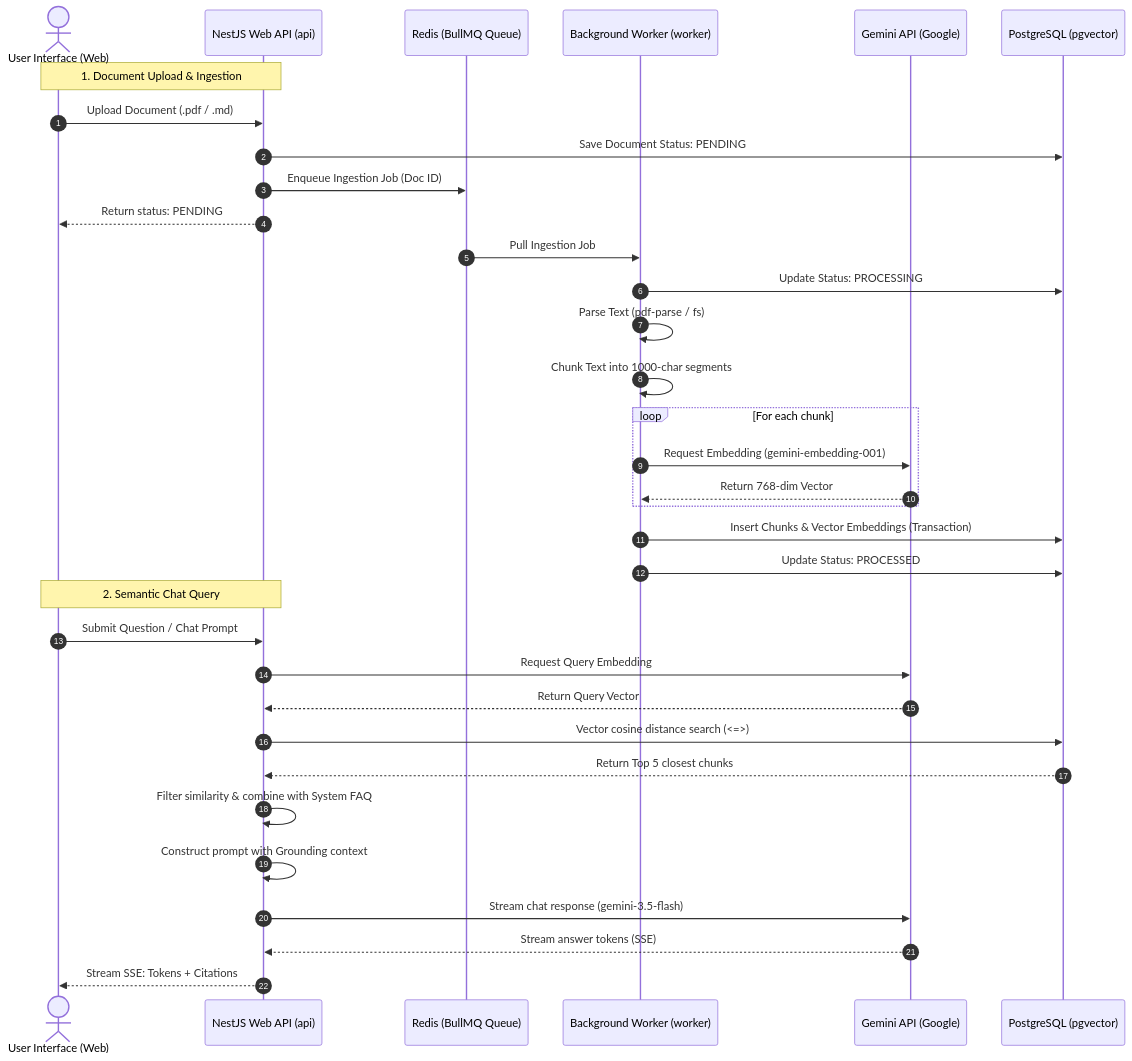
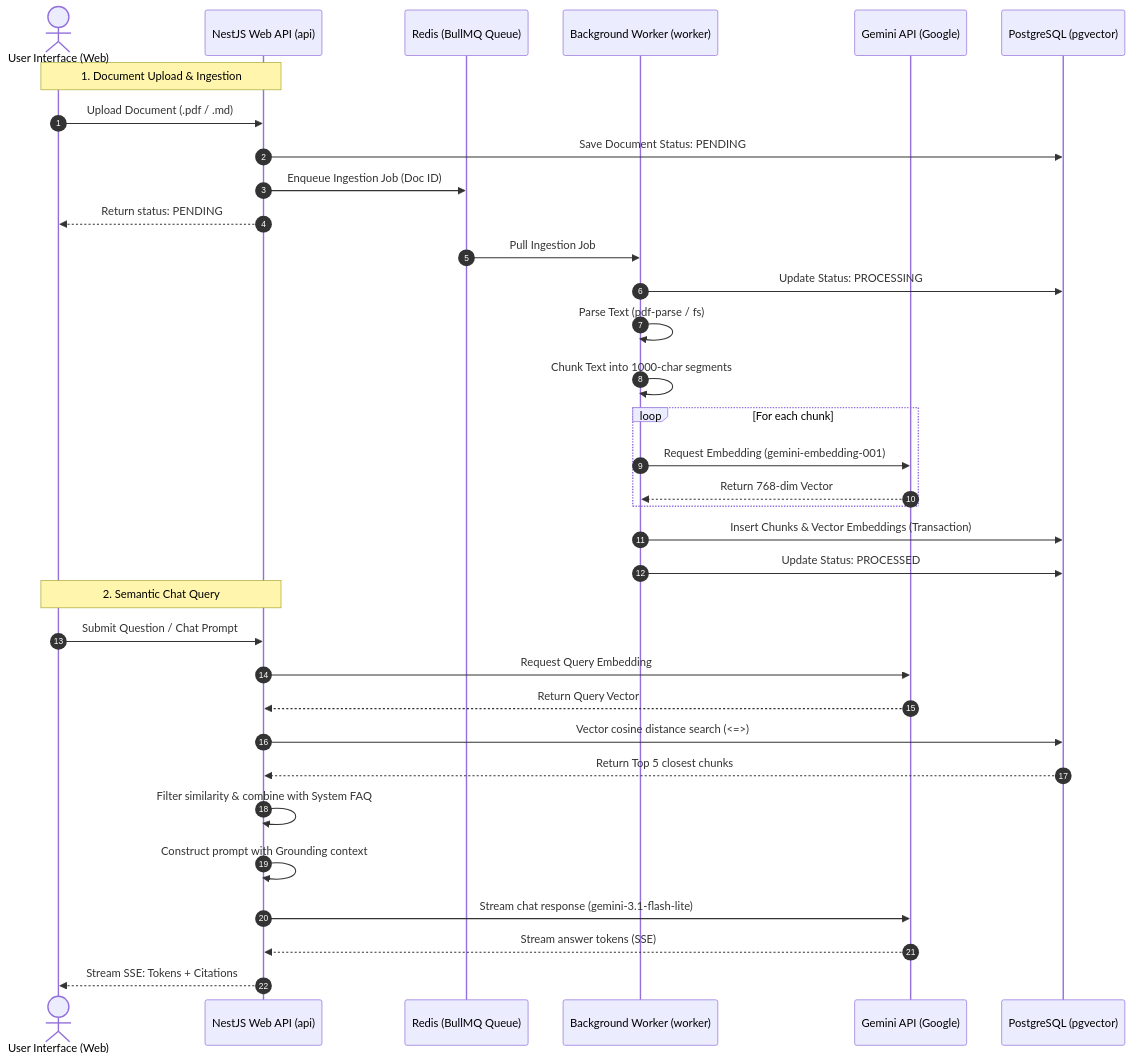
One commit to rakib-siddiki/EchoDocs changed the diagram in README.md. Above: the diagram before and after it, drawn with Mermaid. The commit also changed other lines of this file and 5 other files, not shown here.

First line of the commit message:
feat(chat): upgrade to Gemini 3.1 Flash Lite and integrate @google/genai SDK

````diff
--- a/README.md
+++ b/README.md
@@ -33,39 +33,39 @@
 ```mermaid
 sequenceDiagram
     autonumber
     actor User as User Interface (Web)
     participant API as NestJS Web API (api)
     participant Redis as Redis (BullMQ Queue)
     participant Worker as Background Worker (worker)
     participant Gemini as Gemini API (Google)
     participant DB as PostgreSQL (pgvector)
 
     Note over User, API: 1. Document Upload & Ingestion
     User->>API: Upload Document (.pdf / .md)
     API->>DB: Save Document Status: PENDING
     API->>Redis: Enqueue Ingestion Job (Doc ID)
     API-->>User: Return status: PENDING
     
     Redis->>Worker: Pull Ingestion Job
     Worker->>DB: Update Status: PROCESSING
     Worker->>Worker: Parse Text (pdf-parse / fs)
     Worker->>Worker: Chunk Text into 1000-char segments
     loop For each chunk
         Worker->>Gemini: Request Embedding (gemini-embedding-001)
         Gemini-->>Worker: Return 768-dim Vector
     end
     Worker->>DB: Insert Chunks & Vector Embeddings (Transaction)
     Worker->>DB: Update Status: PROCESSED
 
     Note over User, API: 2. Semantic Chat Query
     User->>API: Submit Question / Chat Prompt
     API->>Gemini: Request Query Embedding
     Gemini-->>API: Return Query Vector
     API->>DB: Vector cosine distance search (<=>)
     DB-->>API: Return Top 5 closest chunks
     API->>API: Filter similarity & combine with System FAQ
     API->>API: Construct prompt with Grounding context
-    API->>Gemini: Stream chat response (gemini-3.5-flash)
+    API->>Gemini: Stream chat response (gemini-3.1-flash-lite)
     Gemini-->>API: Stream answer tokens (SSE)
     API-->>User: Stream SSE: Tokens + Citations
 ```
````
